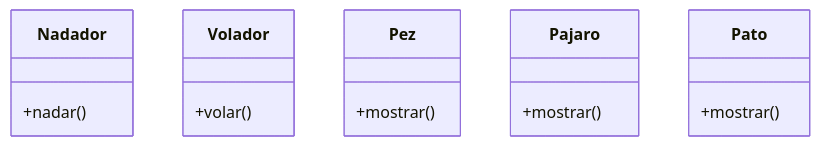
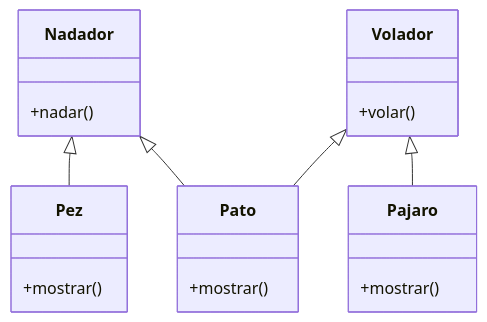
Before and after one commit to PatoAparicio/psg-oop-2025: the diagram in retos_sesion_05/ejercicio_02.md, drawn with Mermaid. The commit also changed other lines of this file and 3 other files, not shown here.

````diff
--- a/retos_sesion_05/ejercicio_02.md
+++ b/retos_sesion_05/ejercicio_02.md
@@ -36,22 +85,22 @@
 ```mermaid
 classDiagram
-    class Nadador {
+class Nadador {
         +nadar()
     }
-
     class Volador {
         +volar()
     }
-
     class Pez {
         +mostrar()
     }
-    
     class Pajaro {
         +mostrar()
     }
-    
     class Pato {
         +mostrar()
     }
+    Nadador <|-- Pez
+    Volador <|-- Pajaro
+    Nadador <|-- Pato
+    Volador <|-- Pato
 ```
````
